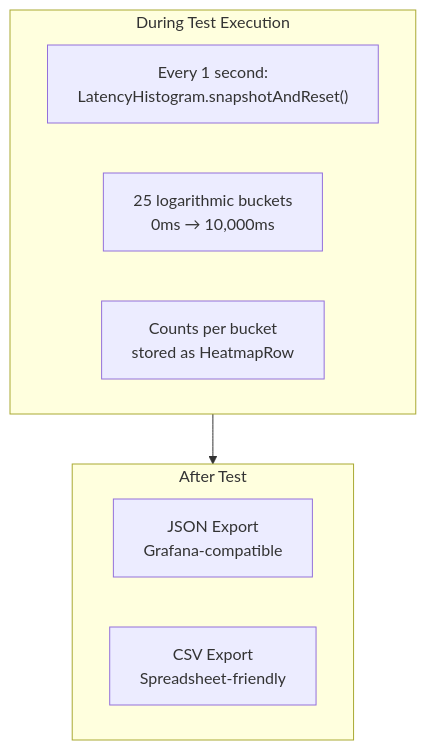
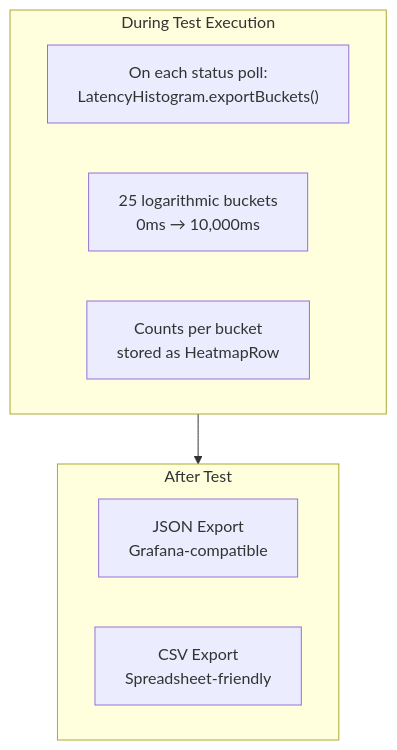
Before and after one commit to actions-marketplace-validations/bmscomp_kates: the second of 2 diagrams in docs/book/09-observability.md, drawn with Mermaid. The commit also changed other lines of this file and 23 other files, not shown here.

````diff
--- a/docs/book/09-observability.md
+++ b/docs/book/09-observability.md
@@ -350,17 +357,17 @@
 ```mermaid
 graph TD
     subgraph Collection["During Test Execution"]
         direction LR
-        H1["Every 1 second:<br/>LatencyHistogram.snapshotAndReset()"]
+        H1["On each status poll:<br/>LatencyHistogram.exportBuckets()"]
         H2["25 logarithmic buckets<br/>0ms → 10,000ms"]
         H3["Counts per bucket<br/>stored as HeatmapRow"]
     end
     
     subgraph Export["After Test"]
         direction LR
         E1["JSON Export<br/>Grafana-compatible"]
         E2["CSV Export<br/>Spreadsheet-friendly"]
     end
     
     Collection --> Export
 ```
````
